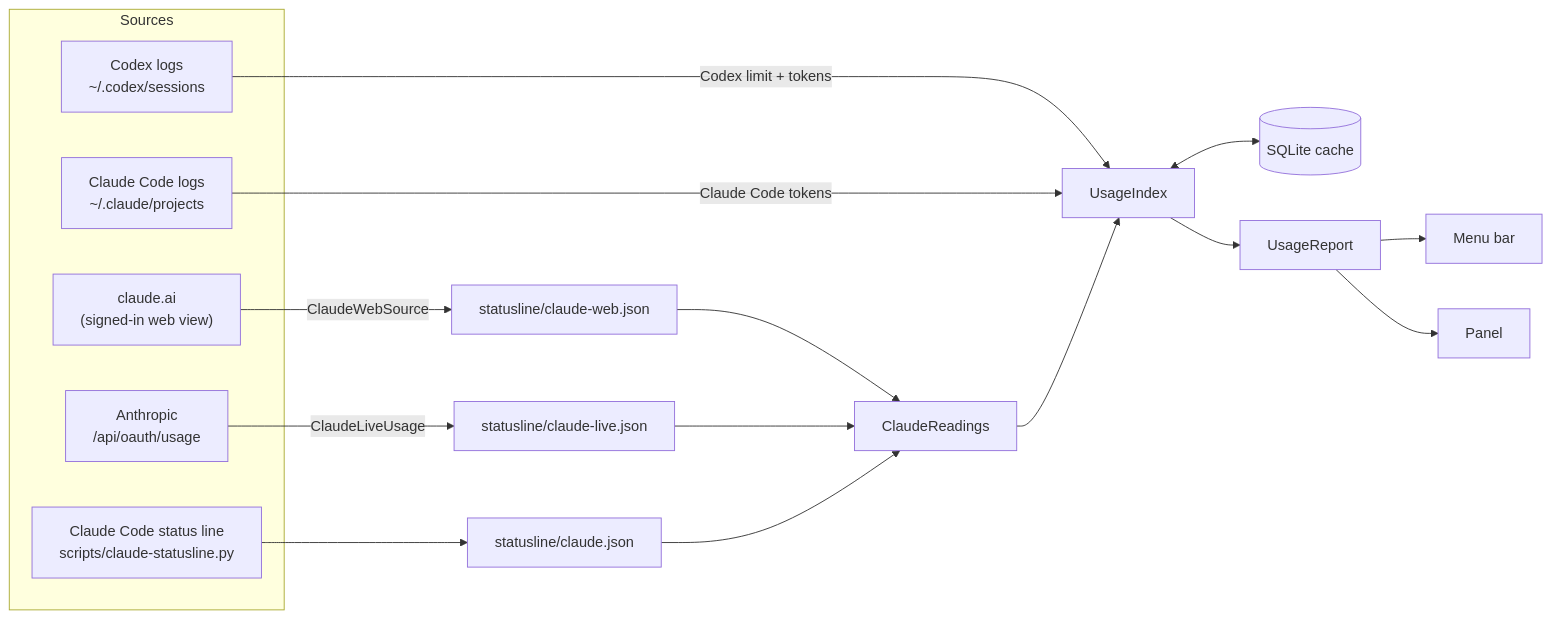
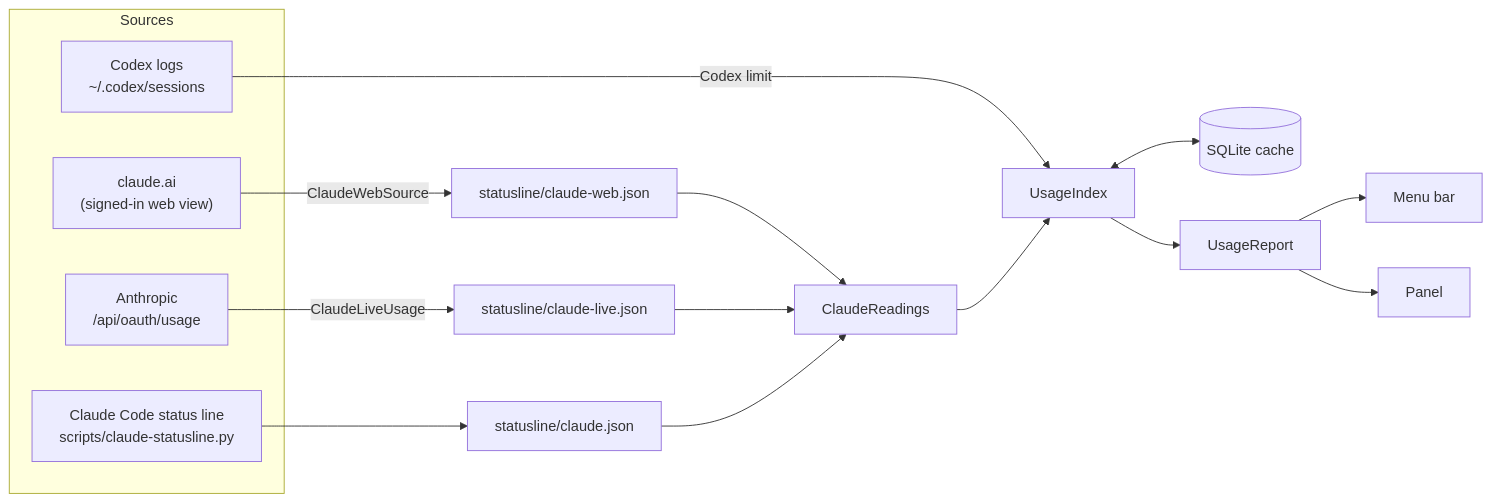
Before and after one commit to PrajwalSR/ai_usage_meter: the second of 6 diagrams in docs/ARCHITECTURE.md, drawn with Mermaid. The commit also changed other lines of this file and 14 other files, not shown here.

First line of the commit message:
Show limits only: stop counting tokens, never read Claude Code's logs

````diff
--- a/docs/ARCHITECTURE.md
+++ b/docs/ARCHITECTURE.md
@@ -17,24 +17,22 @@
 ```mermaid
 flowchart LR
     subgraph Sources
         CX["Codex logs<br/>~/.codex/sessions"]
-        CL["Claude Code logs<br/>~/.claude/projects"]
         WEB["claude.ai<br/>(signed-in web view)"]
         AN["Anthropic<br/>/api/oauth/usage"]
         SL["Claude Code status line<br/>scripts/claude-statusline.py"]
     end
 
-    CX -->|"Codex limit + tokens"| IDX["UsageIndex"]
-    CL -->|"Claude Code tokens"| IDX
+    CX -->|"Codex limit"| IDX["UsageIndex"]
     WEB -->|"ClaudeWebSource"| F0["statusline/claude-web.json"]
     AN -->|"ClaudeLiveUsage"| F1["statusline/claude-live.json"]
     SL --> F2["statusline/claude.json"]
     F0 --> CR["ClaudeReadings"]
     F1 --> CR
     F2 --> CR
     CR --> IDX
     IDX <--> DB[("SQLite cache")]
     IDX --> R["UsageReport"]
     R --> MB["Menu bar"]
     R --> P["Panel"]
 ```
````
